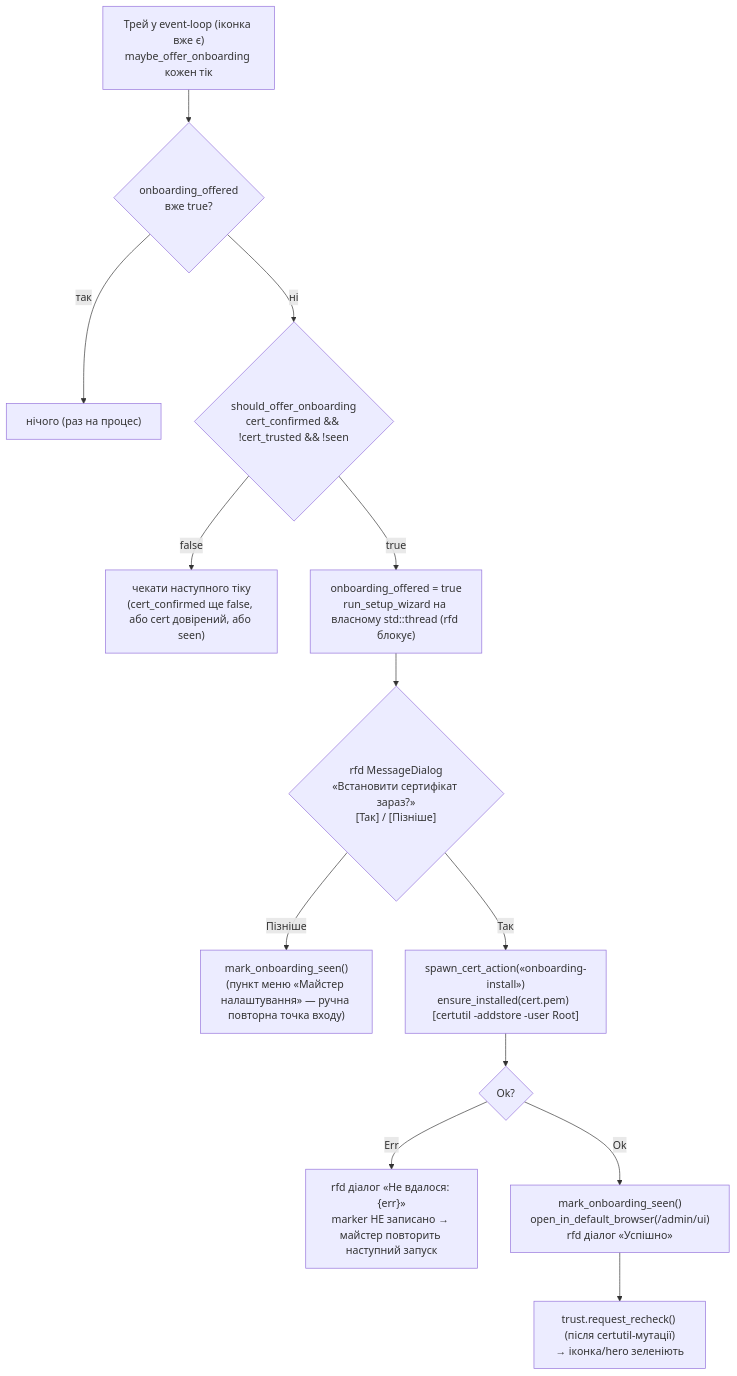
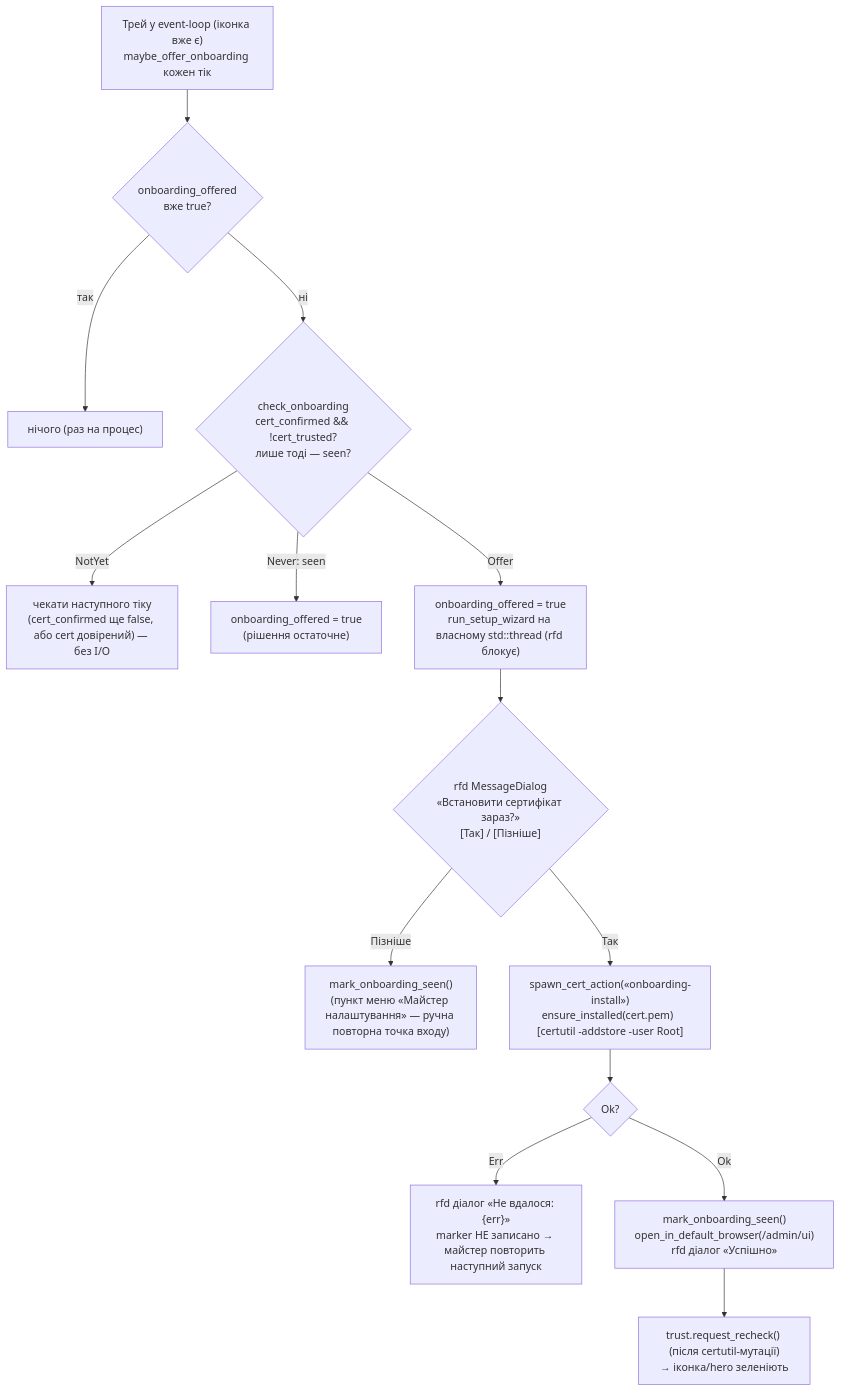
One commit to user137/dns-quorum-filter changed the diagram in diagrams/onboarding.md. Above: the diagram before and after it, drawn with Mermaid. The commit also changed other lines of this file and 3 other files, not shown here.

````diff
--- a/diagrams/onboarding.md
+++ b/diagrams/onboarding.md
@@ -37,19 +39,20 @@
 ```mermaid
 flowchart TD
     Start["Трей у event-loop (іконка вже є)<br/>maybe_offer_onboarding кожен тік"]
     Latch{"onboarding_offered<br/>вже true?"}
     Start --> Latch
     Latch -->|так| Nop["нічого (раз на процес)"]
-    Latch -->|ні| Pred{"should_offer_onboarding<br/>cert_confirmed && !cert_trusted && !seen"}
-    Pred -->|false| Wait["чекати наступного тіку<br/>(cert_confirmed ще false, або cert довірений, або seen)"]
-    Pred -->|true| SetLatch["onboarding_offered = true<br/>run_setup_wizard на власному std::thread (rfd блокує)"]
+    Latch -->|ні| Pred{"check_onboarding<br/>cert_confirmed && !cert_trusted?<br/>лише тоді — seen?"}
+    Pred -->|NotYet| Wait["чекати наступного тіку<br/>(cert_confirmed ще false, або cert довірений) — без I/O"]
+    Pred -->|Never: seen| Closed["onboarding_offered = true<br/>(рішення остаточне)"]
+    Pred -->|Offer| SetLatch["onboarding_offered = true<br/>run_setup_wizard на власному std::thread (rfd блокує)"]
 
     SetLatch --> Dialog{"rfd MessageDialog<br/>«Встановити сертифікат зараз?»<br/>[Так] / [Пізніше]"}
     Dialog -->|Пізніше| MarkSeen1["mark_onboarding_seen()<br/>(пункт меню «Майстер налаштування» — ручна повторна точка входу)"]
     Dialog -->|Так| Install["spawn_cert_action(«onboarding-install»)<br/>ensure_installed(cert.pem)  [certutil -addstore -user Root]"]
 
     Install --> Ok{"Ok?"}
     Ok -->|Err| DlgErr["rfd діалог «Не вдалося: {err}»<br/>marker НЕ записано → майстер повторить наступний запуск"]
     Ok -->|Ok| MarkSeen2["mark_onboarding_seen()<br/>open_in_default_browser(/admin/ui)<br/>rfd діалог «Успішно»"]
     MarkSeen2 --> Recheck["trust.request_recheck() (після certutil-мутації)<br/>→ іконка/hero зеленіють"]
 ```
````
